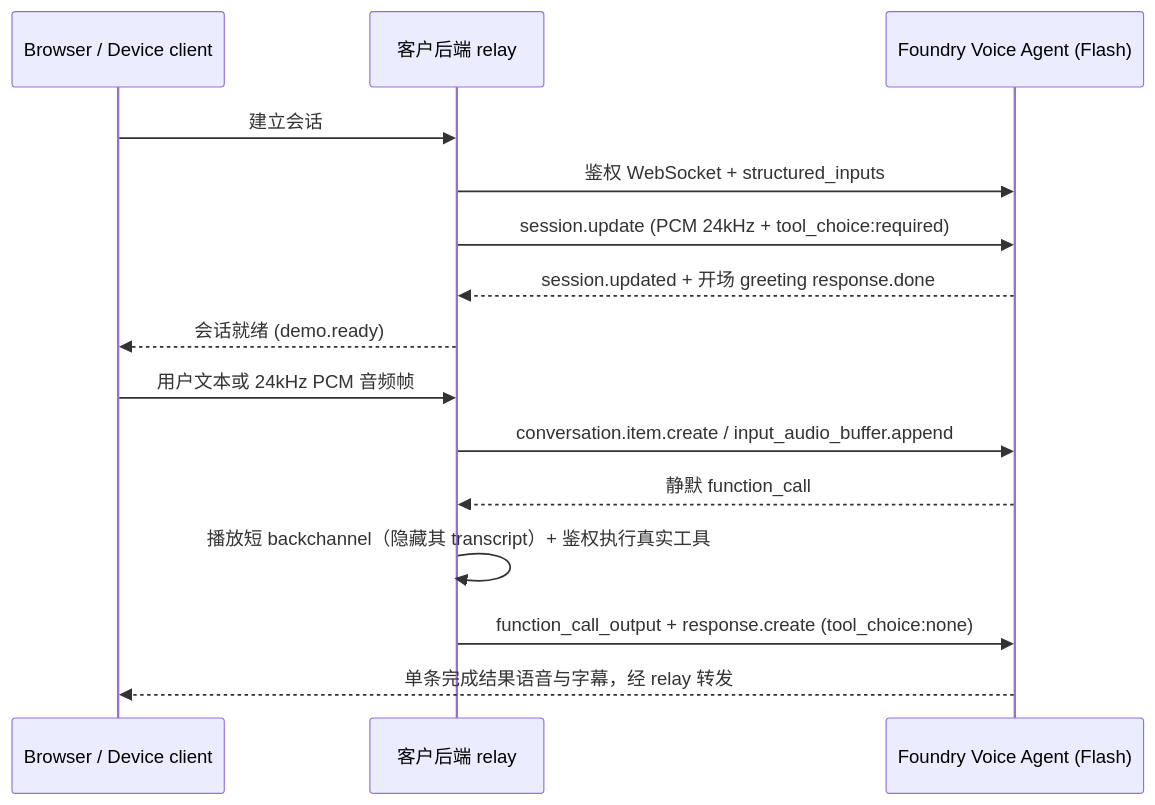
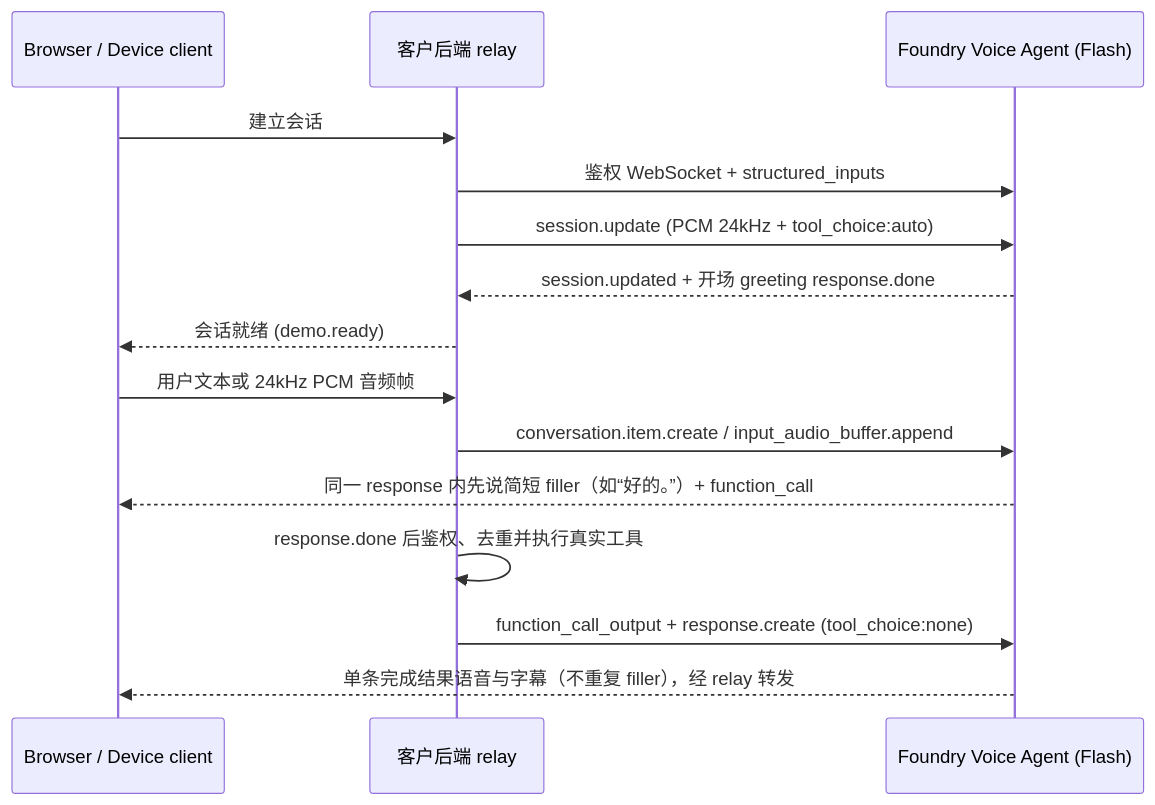
The first of 2 diagrams in samples/haier-voice-home/INTEGRATION.md (ZhaoChaoqun/voice-agent), drawn with Mermaid before and after one commit. The commit also changed other lines of this file and 16 other files, not shown here.

````diff
--- a/samples/haier-voice-home/INTEGRATION.md
+++ b/samples/haier-voice-home/INTEGRATION.md
@@ -213,17 +213,17 @@
 ```mermaid
 sequenceDiagram
   participant B as Browser / Device client
   participant R as 客户后端 relay
   participant A as Foundry Voice Agent (Flash)
   B->>R: 建立会话
   R->>A: 鉴权 WebSocket + structured_inputs
-  R->>A: session.update (PCM 24kHz + tool_choice:required)
+  R->>A: session.update (PCM 24kHz + tool_choice:auto)
   A-->>R: session.updated + 开场 greeting response.done
   R-->>B: 会话就绪 (demo.ready)
   B->>R: 用户文本或 24kHz PCM 音频帧
   R->>A: conversation.item.create / input_audio_buffer.append
-  A-->>R: 静默 function_call
-  R->>R: 播放短 backchannel（隐藏其 transcript）+ 鉴权执行真实工具
+  A-->>B: 同一 response 内先说简短 filler（如“好的。”）+ function_call
+  R->>R: response.done 后鉴权、去重并执行真实工具
   R->>A: function_call_output + response.create (tool_choice:none)
-  A-->>B: 单条完成结果语音与字幕，经 relay 转发
+  A-->>B: 单条完成结果语音与字幕（不重复 filler），经 relay 转发
 ```
````
